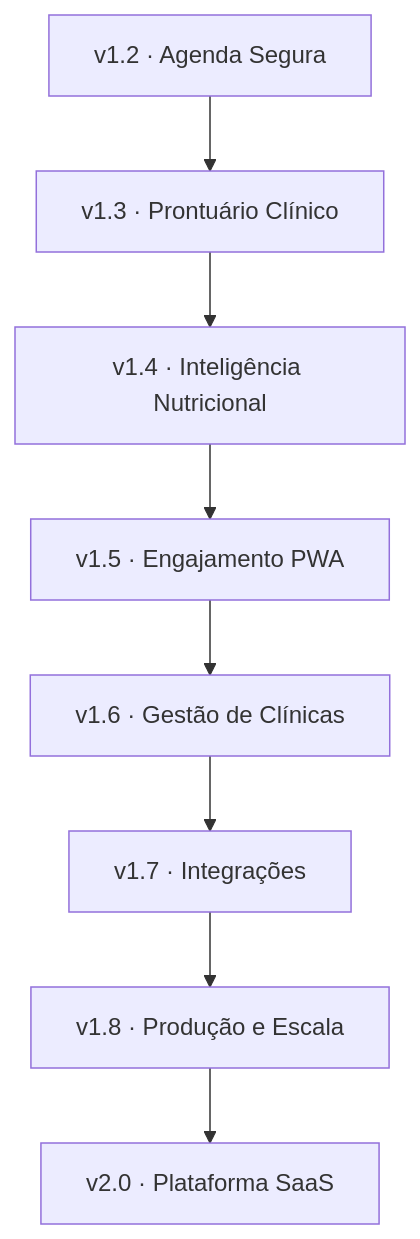
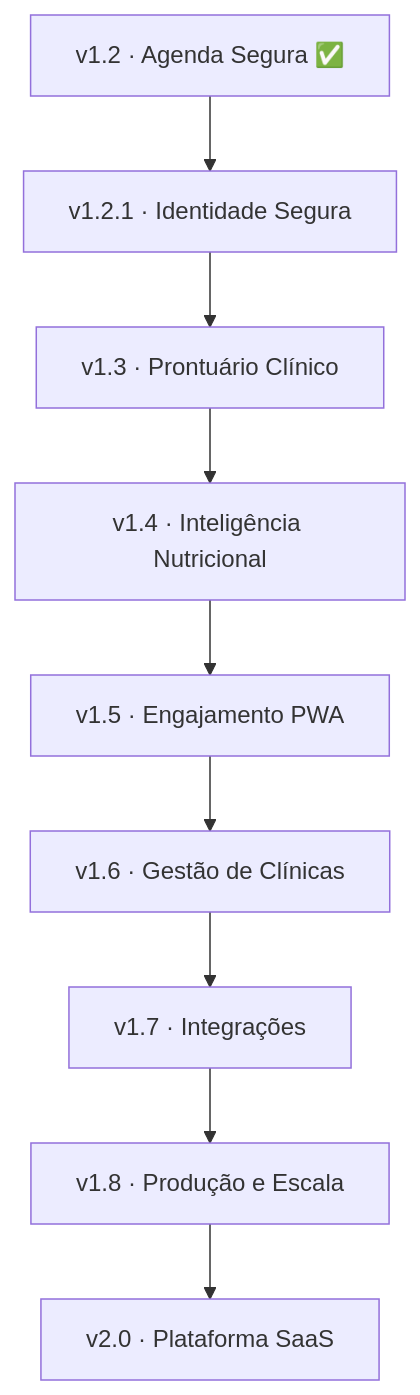
One commit to ricardogomesbarreto/Nexus-Nutra changed the diagram in ROADMAP.md. Above: the diagram before and after it, drawn with Mermaid. The commit also changed other lines of this file and 14 other files, not shown here.

```diff
--- a/ROADMAP.md
+++ b/ROADMAP.md
@@ -51,10 +51,11 @@
 ~~~mermaid
 flowchart TD
-    A["v1.2 · Agenda Segura"] --> B["v1.3 · Prontuário Clínico"]
+    A["v1.2 · Agenda Segura ✅"] --> S["v1.2.1 · Identidade Segura"]
+    S --> B["v1.3 · Prontuário Clínico"]
     B --> C["v1.4 · Inteligência Nutricional"]
     C --> D["v1.5 · Engajamento PWA"]
     D --> E["v1.6 · Gestão de Clínicas"]
     E --> F["v1.7 · Integrações"]
     F --> G["v1.8 · Produção e Escala"]
     G --> H["v2.0 · Plataforma SaaS"]
 ~~~
```
